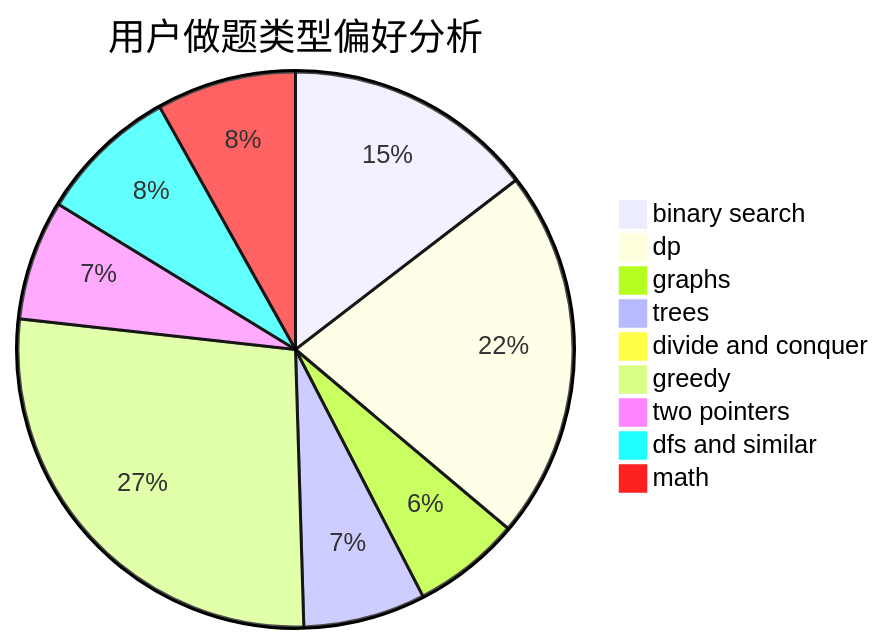
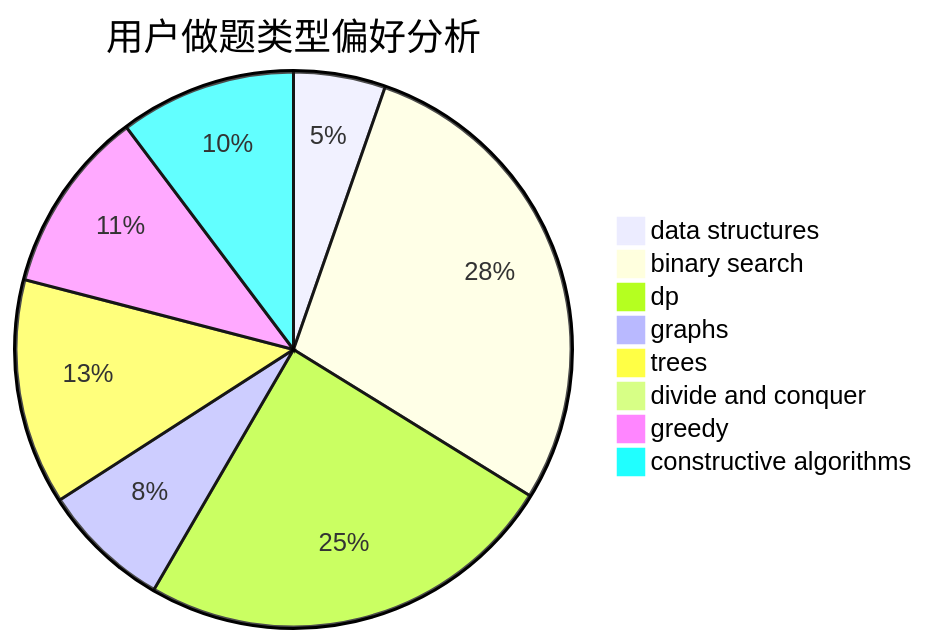
One commit to sherpahu/cfrs.github.io changed the second of 3 diagrams in docs/user/u2321.md. Above: the diagram before and after it, drawn with Mermaid. The commit also changed other lines of this file and 2775 other files, not shown here.

````diff
--- a/docs/user/u2321.md
+++ b/docs/user/u2321.md
@@ -23,12 +23,11 @@
 ```mermaid
 pie title 用户做题类型偏好分析
-    "binary search" :  244
-    "dp" :  361
-    "graphs" :  105
-    "trees" :  119
+    "data structures" :  37
+    "binary search" :  197
+    "dp" :  170
+    "graphs" :  52
+    "trees" :  91
     "divide and conquer" :  0
-    "greedy" :  456
-    "two pointers" :  117
-    "dfs and similar" :  136
-    "math" :  136
+    "greedy" :  74
+    "constructive algorithms" :  71
 ```
````
